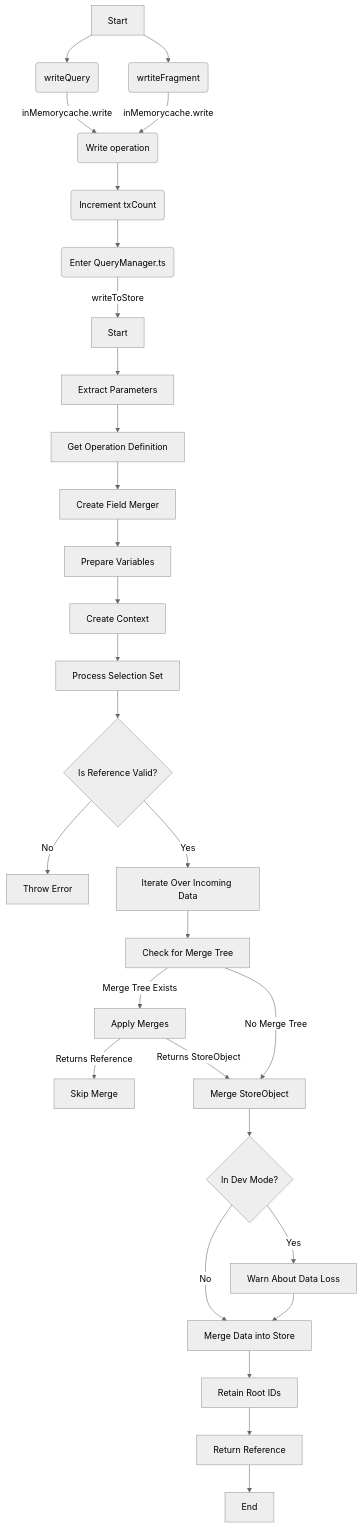
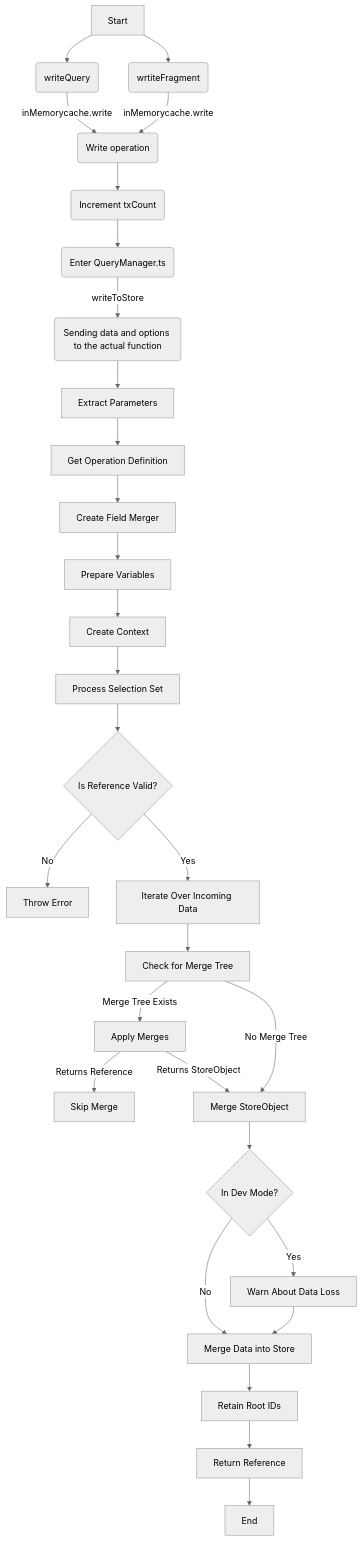
Before and after one commit to losettimourya/InternPracticeRepo: the diagram in ApolloSetup/Notes/Writeops.md, drawn with Mermaid (neutral theme). The commit also changed 6 other files, not shown here.

````diff
--- a/ApolloSetup/Notes/Writeops.md
+++ b/ApolloSetup/Notes/Writeops.md
@@ -3,32 +3,32 @@
 ```mermaid
 flowchart TD
     A[Start] --> B(writeQuery)
     A[Start] --> C(wrtiteFragment)
     B --> |inMemorycache.write| D(Write operation)
     C --> |inMemorycache.write| D(Write operation)
     D --> E(Increment txCount)
     E --> F(Enter QueryManager.ts)
     F --> |writeToStore| G(Sending data and options to the actual function)
-    G[Start] --> H[Extract Parameters]
+    G --> H[Extract Parameters]
     H --> I[Get Operation Definition]
     I --> J[Create Field Merger]
     J --> K[Prepare Variables]
     K --> L[Create Context]
     L --> M[Process Selection Set]
     M --> N{Is Reference Valid?}
     N -->|No| O[Throw Error]
     N -->|Yes| P[Iterate Over Incoming Data]
     P --> Q[Check for Merge Tree]
     Q -->|Merge Tree Exists| R[Apply Merges]
     R -->|Returns Reference| S[Skip Merge]
     R -->|Returns StoreObject| T[Merge StoreObject]
     Q -->|No Merge Tree| T
     T --> U{In Dev Mode?}
     U -->|Yes| V[Warn About Data Loss]
     U -->|No| W[Merge Data into Store]
     V --> W
     W --> X[Retain Root IDs]
     X --> Y[Return Reference]
     Y --> Z[End]
 
 ```
````
